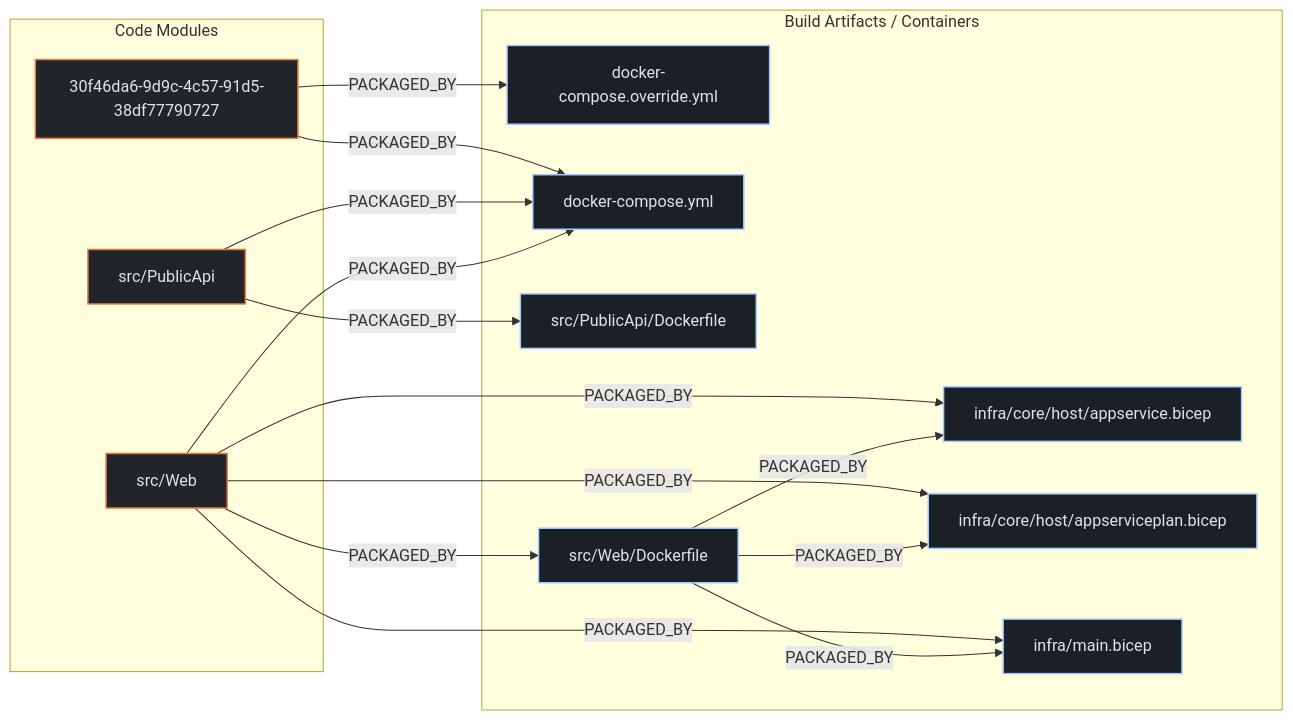
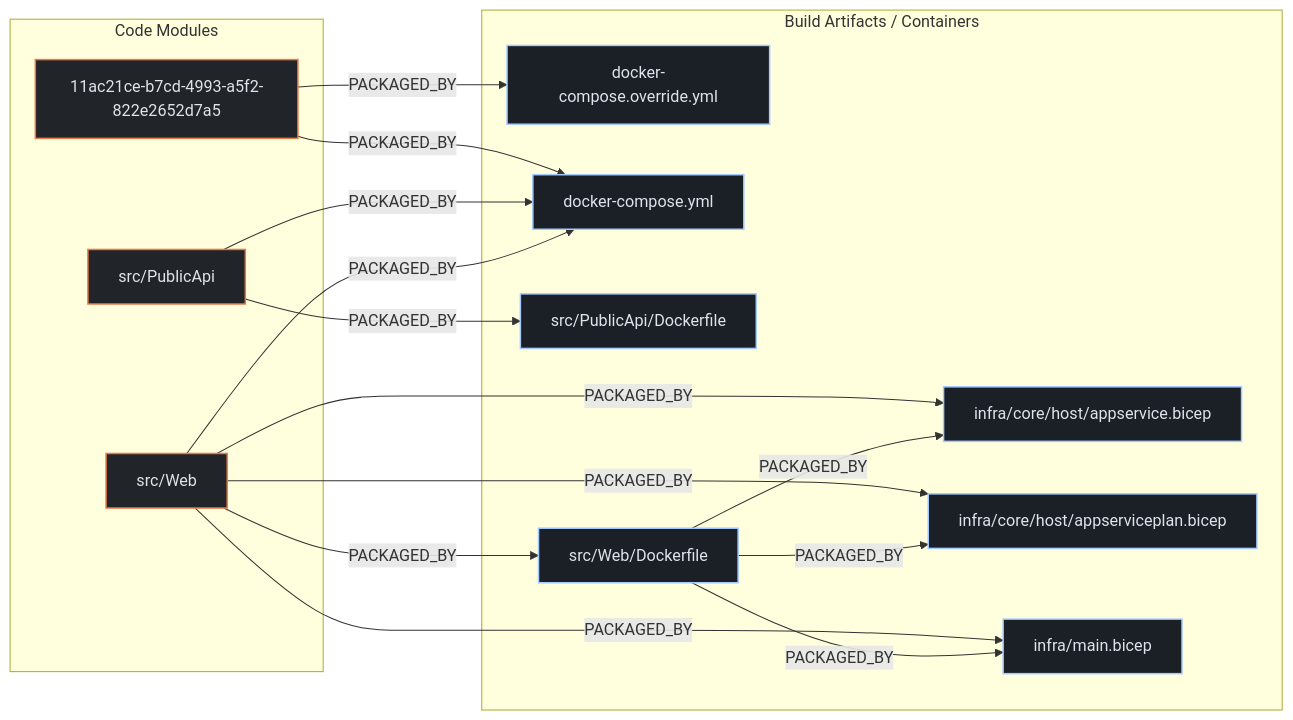
Before and after one commit to kumarshaz/atruss-code-atlas: the second of 3 diagrams in exports/latest/reports/dotnet-architecture-eShopOnWeb-report.md, drawn with Mermaid. The commit also changed other lines of this file and 51 other files, not shown here.

````diff
--- a/exports/latest/reports/dotnet-architecture-eShopOnWeb-report.md
+++ b/exports/latest/reports/dotnet-architecture-eShopOnWeb-report.md
@@ -193,34 +193,34 @@
 ```mermaid
 flowchart LR
     %% title: Code-to-Cloud Deployment Traceability
     classDef atlasCategory fill:#212428,stroke:#E87A48,stroke-width:1.5px,color:#dfe3eb
     classDef atlasWorkflow fill:#1b2026,stroke:#a3c9ff,stroke-width:1.5px,color:#dfe3eb
     classDef atlasJob fill:#171c22,stroke:#8d9199,stroke-width:1px,color:#dfe3eb
     classDef atlasTarget fill:#005227,stroke:#8bd99b,stroke-width:1.5px,color:#a7f6b6
     subgraph code_modules["Code Modules"]
-        mod_30f46da6_9d9c_4c57_91d5_38df77790727["30f46da6-9d9c-4c57-91d5-38df77790727"]:::atlasCategory
+        mod_11ac21ce_b7cd_4993_a5f2_822e2652d7a5["11ac21ce-b7cd-4993-a5f2-822e2652d7a5"]:::atlasCategory
         mod_src_PublicApi["src/PublicApi"]:::atlasCategory
         mod_src_Web["src/Web"]:::atlasCategory
     end
     subgraph build_artifacts["Build Artifacts / Containers"]
         art_docker_compose_override_yml["docker-compose.override.yml"]:::atlasWorkflow
         art_docker_compose_yml["docker-compose.yml"]:::atlasWorkflow
         art_infra_core_host_appservice_bicep["infra/core/host/appservice.bicep"]:::atlasWorkflow
         art_infra_core_host_appserviceplan_bicep["infra/core/host/appserviceplan.bicep"]:::atlasWorkflow
         art_infra_main_bicep["infra/main.bicep"]:::atlasWorkflow
         art_src_PublicApi_Dockerfile["src/PublicApi/Dockerfile"]:::atlasWorkflow
         art_src_Web_Dockerfile["src/Web/Dockerfile"]:::atlasWorkflow
     end
-    mod_30f46da6_9d9c_4c57_91d5_38df77790727 -->|PACKAGED_BY| art_docker_compose_override_yml
-    mod_30f46da6_9d9c_4c57_91d5_38df77790727 -->|PACKAGED_BY| art_docker_compose_yml
+    mod_11ac21ce_b7cd_4993_a5f2_822e2652d7a5 -->|PACKAGED_BY| art_docker_compose_override_yml
+    mod_11ac21ce_b7cd_4993_a5f2_822e2652d7a5 -->|PACKAGED_BY| art_docker_compose_yml
     mod_src_PublicApi -->|PACKAGED_BY| art_docker_compose_yml
     mod_src_PublicApi -->|PACKAGED_BY| art_src_PublicApi_Dockerfile
     mod_src_Web -->|PACKAGED_BY| art_docker_compose_yml
     mod_src_Web -->|PACKAGED_BY| art_src_Web_Dockerfile
     mod_src_Web -->|PACKAGED_BY| art_infra_core_host_appservice_bicep
     mod_src_Web -->|PACKAGED_BY| art_infra_core_host_appserviceplan_bicep
     mod_src_Web -->|PACKAGED_BY| art_infra_main_bicep
     art_src_Web_Dockerfile -->|PACKAGED_BY| art_infra_core_host_appservice_bicep
     art_src_Web_Dockerfile -->|PACKAGED_BY| art_infra_core_host_appserviceplan_bicep
     art_src_Web_Dockerfile -->|PACKAGED_BY| art_infra_main_bicep
 ```
````
